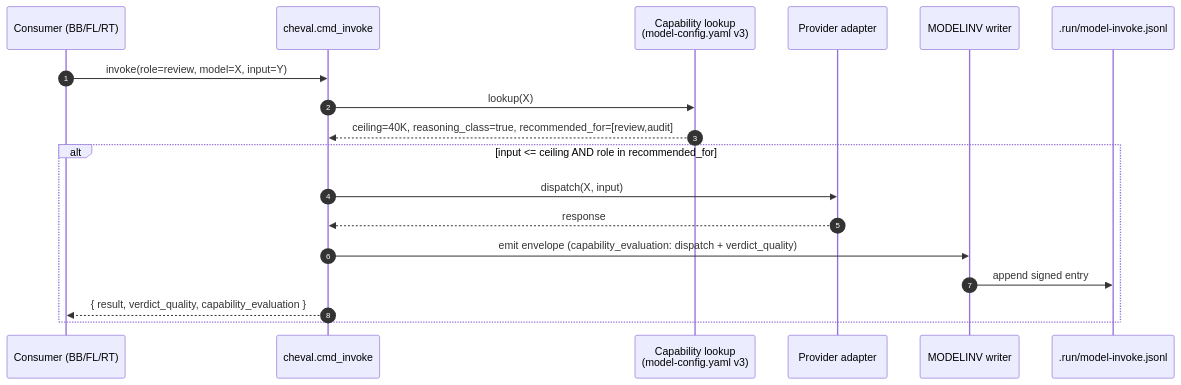
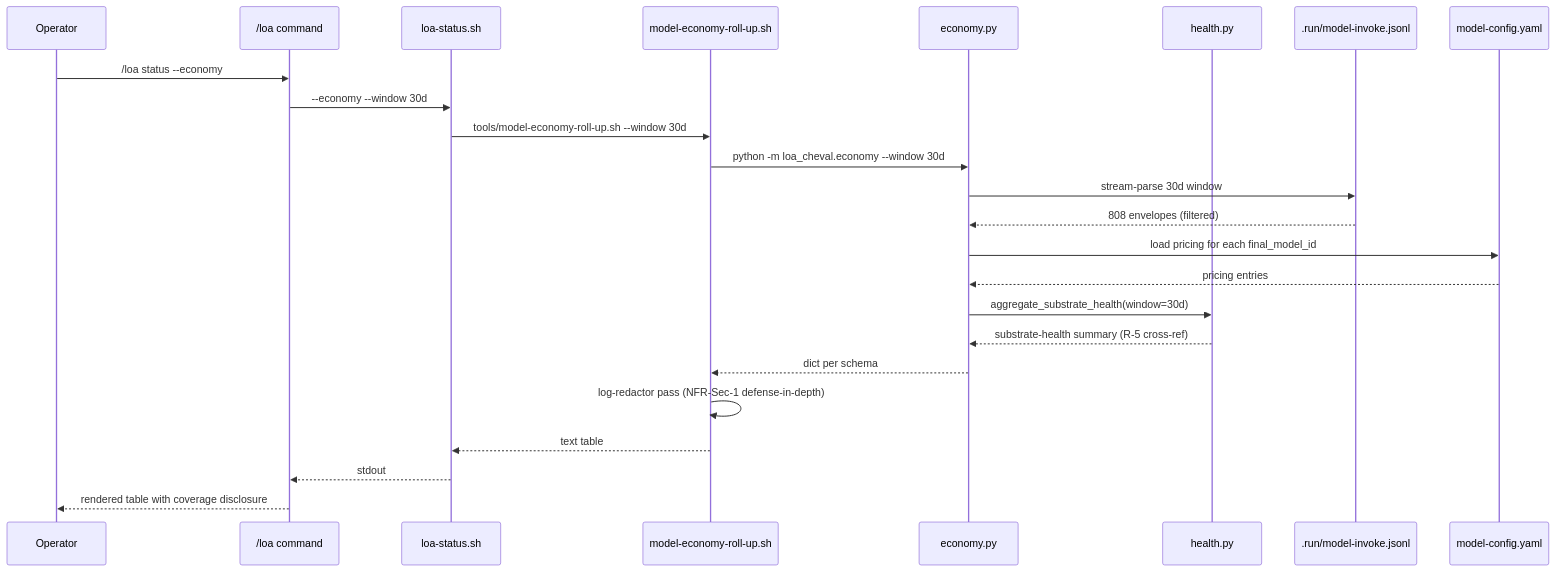
Before and after one commit to 0xHoneyJar/loa: the fourth of 4 diagrams in grimoires/loa/sdd.md, drawn with Mermaid. The commit also changed other lines of this file and 3 other files, not shown here.

First line of the commit message:
docs(cycle-112): planning chain for empirical-model-economy Phase A (#925)

````diff
--- a/grimoires/loa/sdd.md
+++ b/grimoires/loa/sdd.md
@@ -208,21 +684,29 @@
 ```mermaid
 sequenceDiagram
-    autonumber
-    participant Consumer as Consumer (BB/FL/RT)
-    participant Cheval as cheval.cmd_invoke
-    participant Cap as Capability lookup<br/>(model-config.yaml v3)
-    participant Adapter as Provider adapter
-    participant ENV as MODELINV writer
-    participant Log as .run/model-invoke.jsonl
+    participant Op as Operator
+    participant LoaCmd as /loa command
+    participant Status as loa-status.sh
+    participant Rollup as model-economy-roll-up.sh
+    participant Economy as economy.py
+    participant Health as health.py
+    participant Modelinv as .run/model-invoke.jsonl
+    participant Config as model-config.yaml
 
-    Consumer->>Cheval: invoke(role=review, model=X, input=Y)
-    Cheval->>Cap: lookup(X)
-    Cap-->>Cheval: ceiling=40K, reasoning_class=true, recommended_for=[review,audit]
-    alt input <= ceiling AND role in recommended_for
-        Cheval->>Adapter: dispatch(X, input)
-        Adapter-->>Cheval: response
-        Cheval->>ENV: emit envelope (capability_evaluation: dispatch + verdict_quality)
-        ENV->>Log: append signed entry
-        Cheval-->>Consumer: { result, verdict_quality, capability_evaluation }
-    end
+    Op->>LoaCmd: /loa status --economy
+    LoaCmd->>Status: --economy --window 30d
+    Status->>Rollup: tools/model-economy-roll-up.sh --window 30d
+    Rollup->>Economy: python -m loa_cheval.economy --window 30d
+
+    Economy->>Modelinv: stream-parse 30d window
+    Modelinv-->>Economy: 808 envelopes (filtered)
+    Economy->>Config: load pricing for each final_model_id
+    Config-->>Economy: pricing entries
+    Economy->>Health: aggregate_substrate_health(window=30d)
+    Health-->>Economy: substrate-health summary (R-5 cross-ref)
+    Economy-->>Rollup: dict per schema
+
+    Rollup->>Rollup: log-redactor pass (NFR-Sec-1 defense-in-depth)
+    Rollup-->>Status: text table
+    Status-->>LoaCmd: stdout
+    LoaCmd-->>Op: rendered table with coverage disclosure
 ```
````
